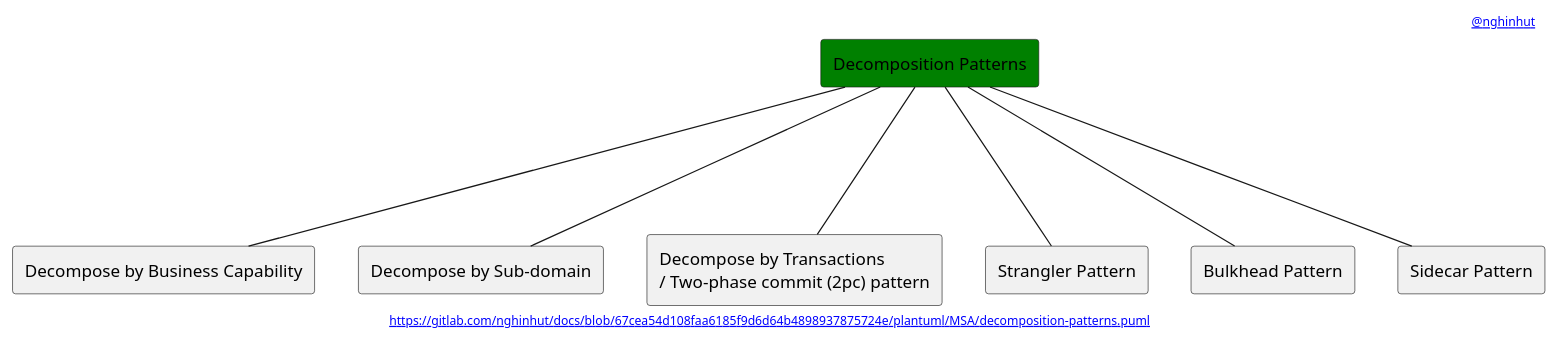
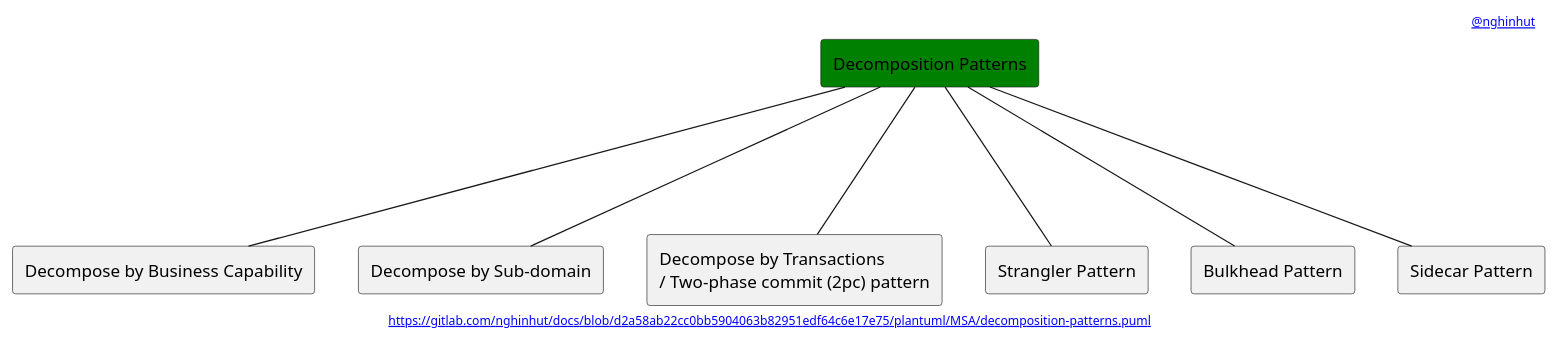
One commit to nghinhut/docs changed the diagram in plantuml/MSA/decomposition-patterns.puml. Above: the diagram before and after it, drawn with PlantUML. The commit also changed 24 other files, not shown here.

Commit message:
docs(plantuml): update headers

```diff
--- a/plantuml/MSA/decomposition-patterns.puml
+++ b/plantuml/MSA/decomposition-patterns.puml
@@ -1,22 +1,22 @@
 @startuml
 '-----START auto generated metadata please keep comment here to allow auto update-----
 '-----DON'T EDIT THIS SECTION, INSTEAD RE-RUN prebuild.sh TO UPDATE-----
-header [[https://www.nghinhut.dev?from=http%5C%3A%5C%2F%5C%2Fwww%5C.plantuml%5C.com%5C%2Fplantuml%5C%2Fproxy%3Ffmt%3Dsvg%5C%26src%3Dhttps%5C%3A%5C%2F%5C%2Fgitlab%5C.com%5C%2Fnghinhut%5C%2Fdocs%5C%2Fraw%5C%2F67cea54d108faa6185f9d6d64b4898937875724e%5C%2Fplantuml%5C%2FMSA%5C%2Fdecomposition-patterns%5C.puml%0A @nghinhut]]
-footer [[http://www.plantuml.com/plantuml/proxy?fmt=svg&src=https://gitlab.com/nghinhut/docs/raw/67cea54d108faa6185f9d6d64b4898937875724e/plantuml/MSA/decomposition-patterns.puml https://gitlab.com/nghinhut/docs/blob/67cea54d108faa6185f9d6d64b4898937875724e/plantuml/MSA/decomposition-patterns.puml]]
+header [[https://www.nghinhut.dev?from=http%5C%3A%5C%2F%5C%2Fwww%5C.plantuml%5C.com%5C%2Fplantuml%5C%2Fproxy%3Ffmt%3Dsvg%5C%26src%3Dhttps%5C%3A%5C%2F%5C%2Fgitlab%5C.com%5C%2Fnghinhut%5C%2Fdocs%5C%2Fraw%5C%2Fd2a58ab22cc0bb5904063b82951edf64c6e17e75%5C%2Fplantuml%5C%2FMSA%5C%2Fdecomposition-patterns%5C.puml%0A @nghinhut]]
+footer [[http://www.plantuml.com/plantuml/proxy?fmt=svg&src=https://gitlab.com/nghinhut/docs/raw/d2a58ab22cc0bb5904063b82951edf64c6e17e75/plantuml/MSA/decomposition-patterns.puml https://gitlab.com/nghinhut/docs/blob/d2a58ab22cc0bb5904063b82951edf64c6e17e75/plantuml/MSA/decomposition-patterns.puml]]
 '-----END auto generated metadata please keep comment here to allow auto update-----
 
 rectangle "Decomposition Patterns" as Decomposition #green
 
 rectangle "Decompose by Business Capability" as DecompositionP1
 rectangle "Decompose by Sub-domain" as DecompositionP2
 rectangle "Decompose by Transactions\n/ Two-phase commit (2pc) pattern" as DecompositionP3
 rectangle "Strangler Pattern" as DecompositionP4
 rectangle "Bulkhead Pattern" as DecompositionP5
 rectangle "Sidecar Pattern" as DecompositionP6
 Decomposition --- DecompositionP1
 Decomposition --- DecompositionP2
 Decomposition --- DecompositionP3
 Decomposition --- DecompositionP4
 Decomposition --- DecompositionP5
 Decomposition --- DecompositionP6
 @enduml
```
